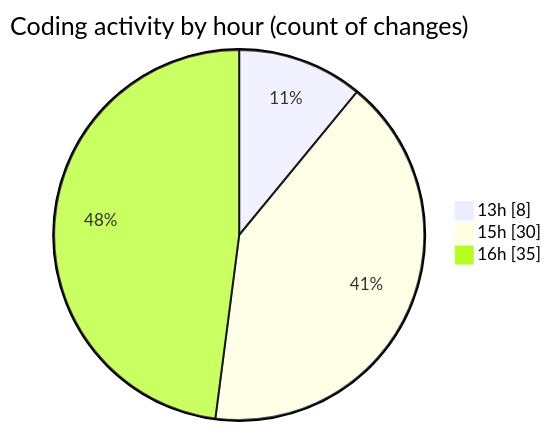
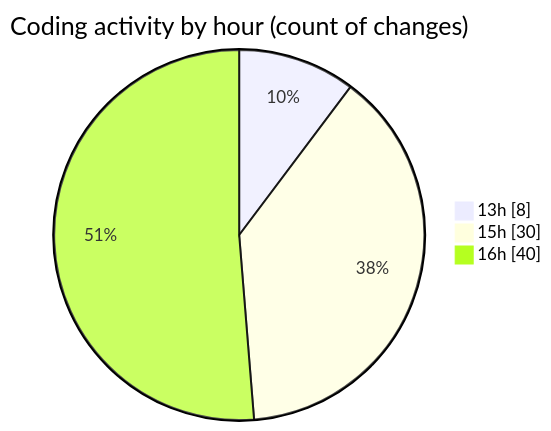
The second of 2 diagrams in 2025-04-08/nxtqube_webapp/README.md (nxtqubesakshisongat/code-tracking), drawn with Mermaid before and after one commit. The commit also changed other lines of this file and 1 other file, not shown here.

````diff
--- a/2025-04-08/nxtqube_webapp/README.md
+++ b/2025-04-08/nxtqube_webapp/README.md
@@ -30,7 +32,7 @@
 ```mermaid
 pie showData
 title Coding activity by hour (count of changes)
 "13h" : 8
 "15h" : 30
-"16h" : 35
+"16h" : 40
 ```
````
